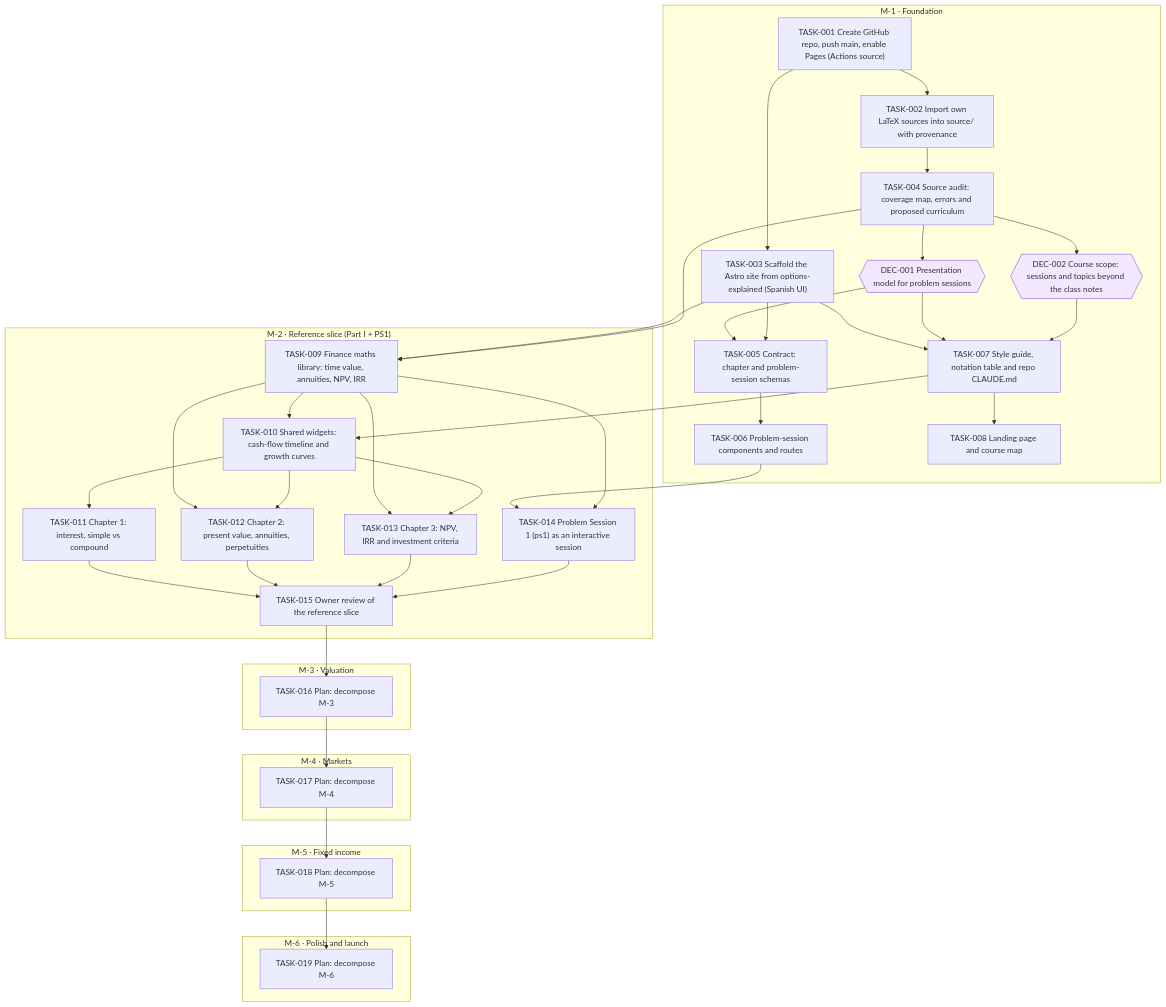
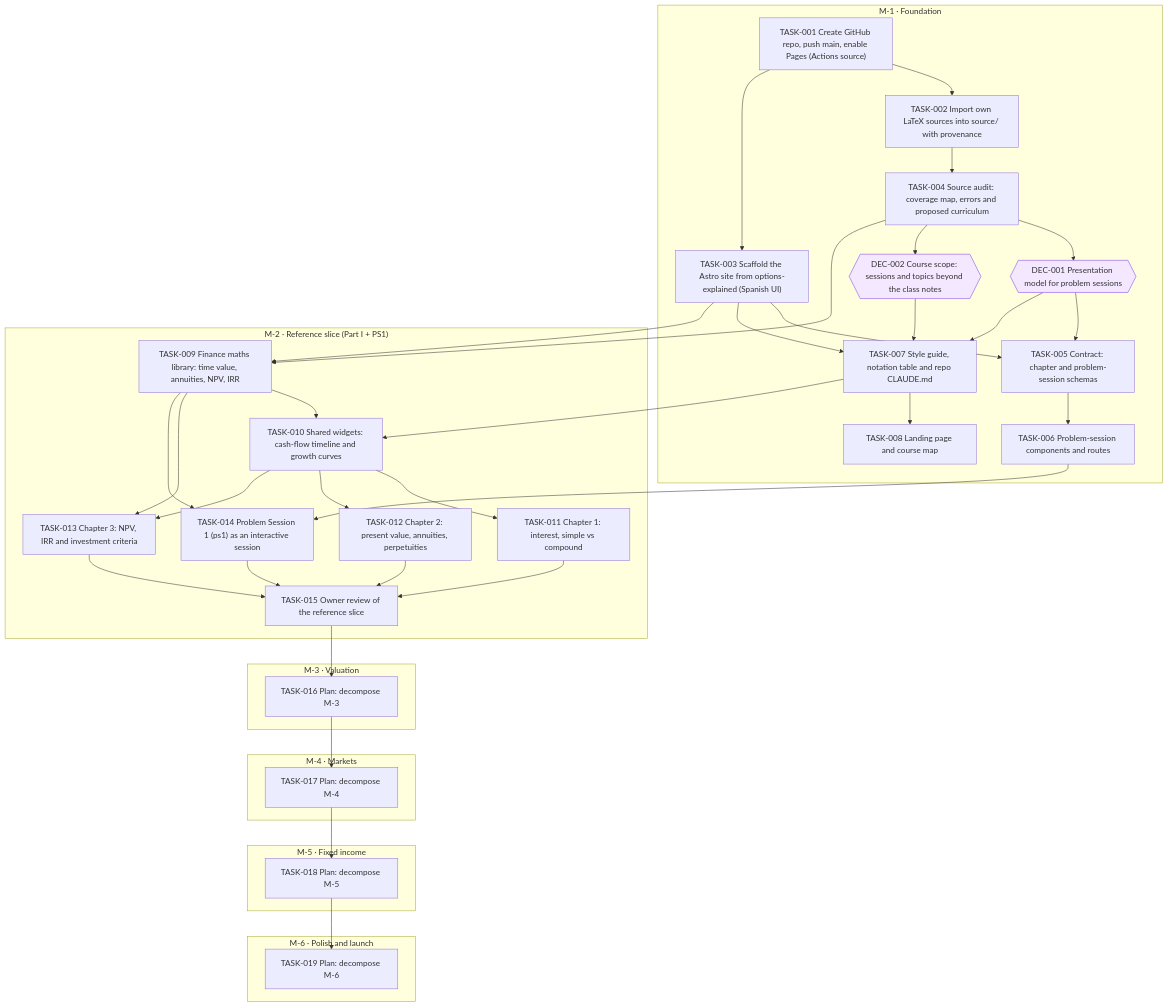
Before and after one commit to jesusvillota/economia-financiera: the diagram in goals/course-site/README.md, drawn with Mermaid. The commit also changed 1 other file, not shown here.

Commit message:
goal(course-site): unlink TASK-012 after TASK-009

````diff
--- a/goals/course-site/README.md
+++ b/goals/course-site/README.md
@@ -19,72 +19,71 @@
 ```mermaid
 flowchart TD
   subgraph M_1["M-1 · Foundation"]
     DEC_001{{"DEC-001 Presentation model for problem sessions"}}
     DEC_002{{"DEC-002 Course scope: sessions and topics beyond the class notes"}}
     TASK_001["TASK-001 Create GitHub repo, push main, enable Pages (Actions source)"]
     TASK_002["TASK-002 Import own LaTeX sources into source/ with provenance"]
     TASK_003["TASK-003 Scaffold the Astro site from options-explained (Spanish UI)"]
     TASK_004["TASK-004 Source audit: coverage map, errors and proposed curriculum"]
     TASK_005["TASK-005 Contract: chapter and problem-session schemas"]
     TASK_006["TASK-006 Problem-session components and routes"]
     TASK_007["TASK-007 Style guide, notation table and repo CLAUDE.md"]
     TASK_008["TASK-008 Landing page and course map"]
   end
   subgraph M_2["M-2 · Reference slice (Part I + PS1)"]
     TASK_009["TASK-009 Finance maths library: time value, annuities, NPV, IRR"]
     TASK_010["TASK-010 Shared widgets: cash-flow timeline and growth curves"]
     TASK_011["TASK-011 Chapter 1: interest, simple vs compound"]
     TASK_012["TASK-012 Chapter 2: present value, annuities, perpetuities"]
     TASK_013["TASK-013 Chapter 3: NPV, IRR and investment criteria"]
     TASK_014["TASK-014 Problem Session 1 (ps1) as an interactive session"]
     TASK_015["TASK-015 Owner review of the reference slice"]
   end
   subgraph M_3["M-3 · Valuation"]
     TASK_016["TASK-016 Plan: decompose M-3"]
   end
   subgraph M_4["M-4 · Markets"]
     TASK_017["TASK-017 Plan: decompose M-4"]
   end
   subgraph M_5["M-5 · Fixed income"]
     TASK_018["TASK-018 Plan: decompose M-5"]
   end
   subgraph M_6["M-6 · Polish and launch"]
     TASK_019["TASK-019 Plan: decompose M-6"]
   end
   TASK_004 --> DEC_001
   TASK_004 --> DEC_002
   TASK_001 --> TASK_002
   TASK_001 --> TASK_003
   TASK_002 --> TASK_004
   DEC_001 --> TASK_005
   TASK_003 --> TASK_005
   TASK_005 --> TASK_006
   TASK_003 --> TASK_007
   DEC_001 --> TASK_007
   DEC_002 --> TASK_007
   TASK_007 --> TASK_008
   TASK_003 --> TASK_009
   TASK_004 --> TASK_009
   TASK_007 --> TASK_010
   TASK_009 --> TASK_010
   TASK_010 --> TASK_011
-  TASK_009 --> TASK_012
   TASK_010 --> TASK_012
   TASK_009 --> TASK_013
   TASK_010 --> TASK_013
   TASK_006 --> TASK_014
   TASK_009 --> TASK_014
   TASK_011 --> TASK_015
   TASK_012 --> TASK_015
   TASK_013 --> TASK_015
   TASK_014 --> TASK_015
   TASK_015 --> TASK_016
   TASK_016 --> TASK_017
   TASK_017 --> TASK_018
   TASK_018 --> TASK_019
   classDef draft stroke-dasharray: 4 3
   classDef cancelled opacity:0.45
   classDef decision fill:#f3e8ff,stroke:#7c3aed
   class DEC_001 decision
   class DEC_002 decision
 ```
````
